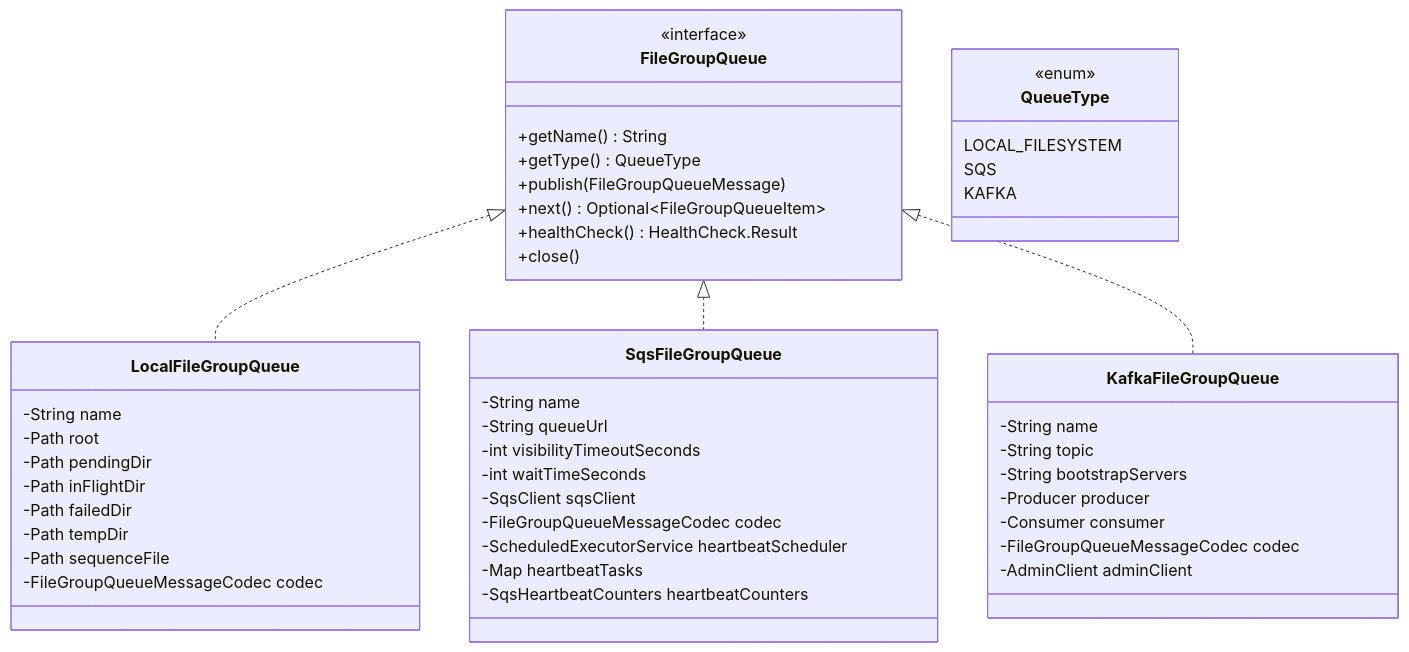
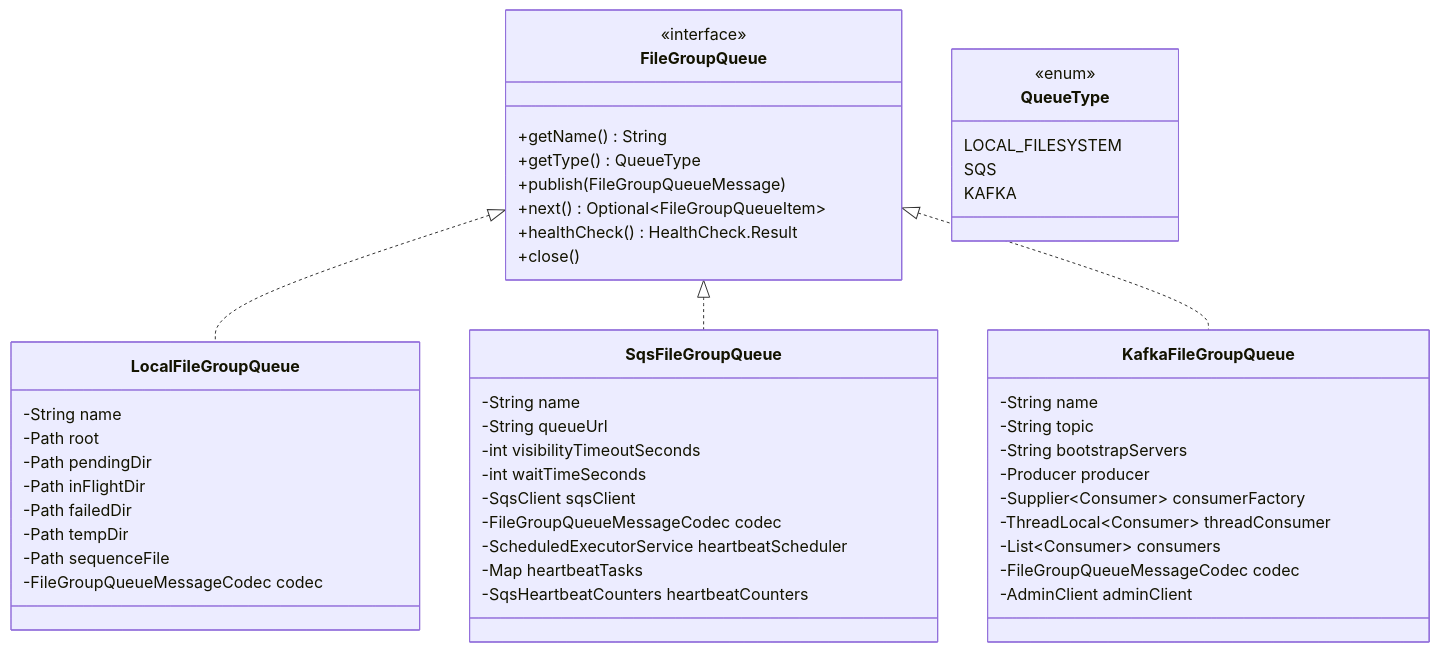
One commit to gchq/stroom changed the first of 8 diagrams in stroom-proxy/designs/infrastructure/queues.md. Above: the diagram before and after it, drawn with Mermaid. The commit also changed other lines of this file and 5 other files, not shown here.

````diff
--- a/stroom-proxy/designs/infrastructure/queues.md
+++ b/stroom-proxy/designs/infrastructure/queues.md
@@ -9,56 +9,58 @@
 ```mermaid
 classDiagram
     class FileGroupQueue {
         <<interface>>
         +getName() String
         +getType() QueueType
         +publish(FileGroupQueueMessage)
         +next() Optional~FileGroupQueueItem~
         +healthCheck() HealthCheck.Result
         +close()
     }
 
     class LocalFileGroupQueue {
         -String name
         -Path root
         -Path pendingDir
         -Path inFlightDir
         -Path failedDir
         -Path tempDir
         -Path sequenceFile
         -FileGroupQueueMessageCodec codec
     }
 
     class SqsFileGroupQueue {
         -String name
         -String queueUrl
         -int visibilityTimeoutSeconds
         -int waitTimeSeconds
         -SqsClient sqsClient
         -FileGroupQueueMessageCodec codec
         -ScheduledExecutorService heartbeatScheduler
         -Map heartbeatTasks
         -SqsHeartbeatCounters heartbeatCounters
     }
 
     class KafkaFileGroupQueue {
         -String name
         -String topic
         -String bootstrapServers
         -Producer producer
-        -Consumer consumer
+        -Supplier~Consumer~ consumerFactory
+        -ThreadLocal~Consumer~ threadConsumer
+        -List~Consumer~ consumers
         -FileGroupQueueMessageCodec codec
         -AdminClient adminClient
     }
 
     class QueueType {
         <<enum>>
         LOCAL_FILESYSTEM
         SQS
         KAFKA
     }
 
     FileGroupQueue <|.. LocalFileGroupQueue
     FileGroupQueue <|.. SqsFileGroupQueue
     FileGroupQueue <|.. KafkaFileGroupQueue
 ```
````
